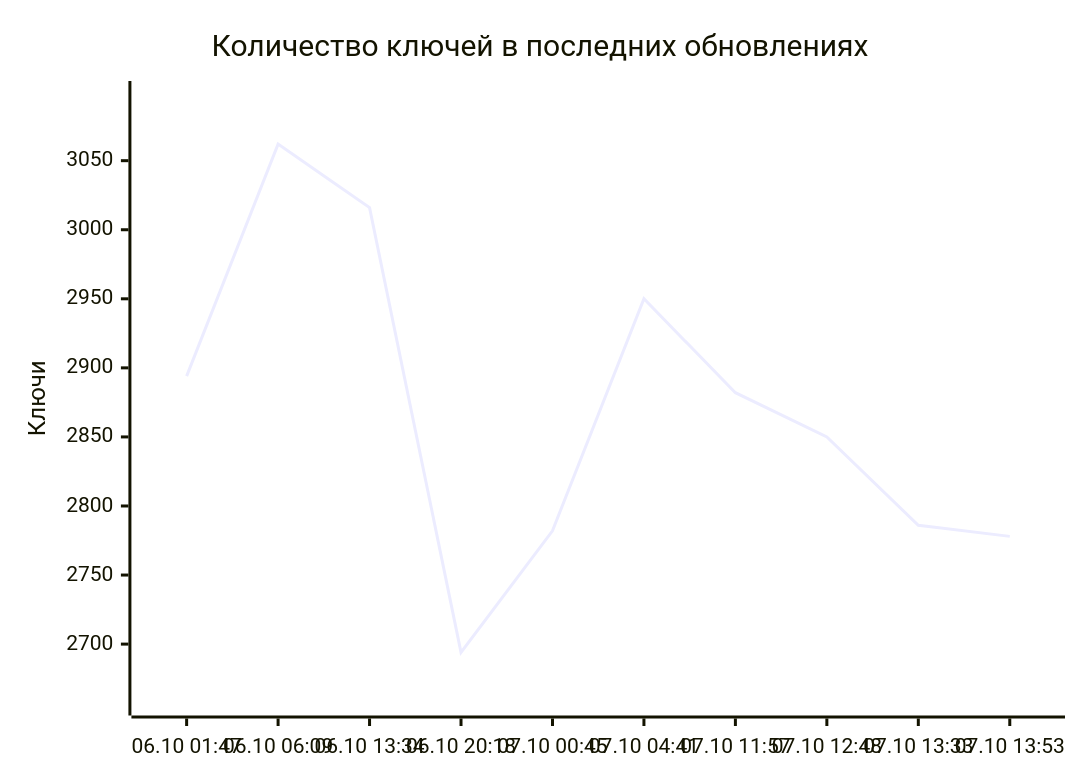
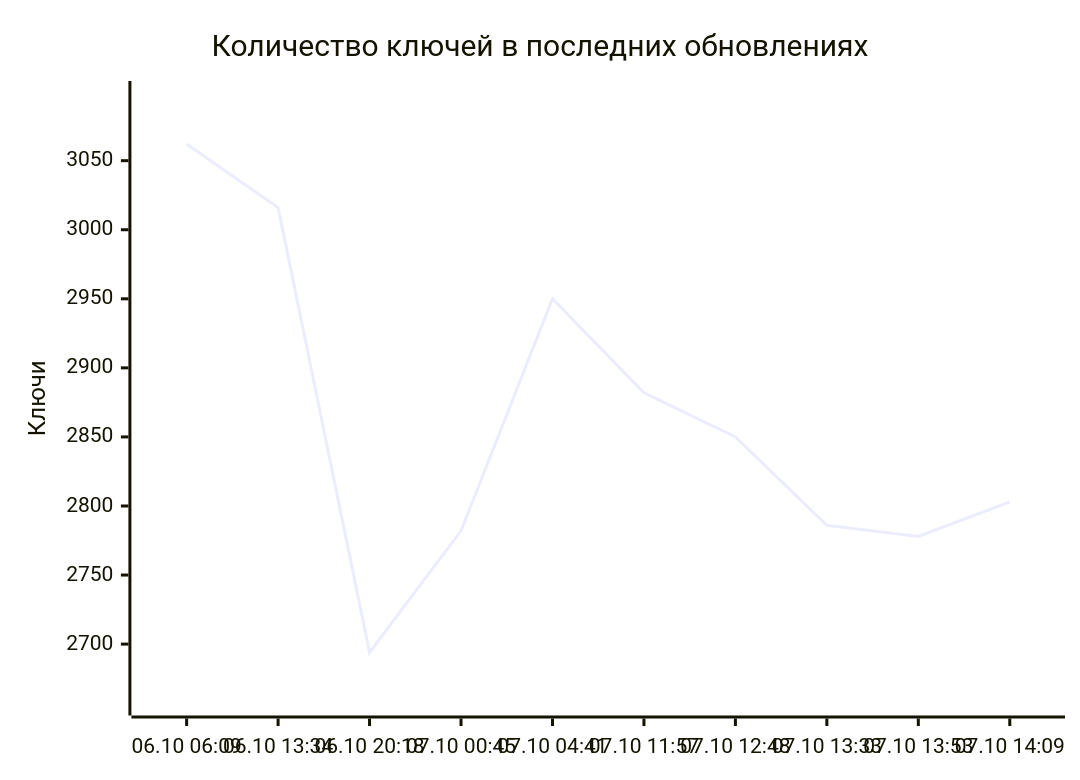
The diagram in README.md (markKikhtenko/WireVeil), drawn with Mermaid before and after one commit. The commit also changed other lines of this file and 11 other files, not shown here.

````diff
--- a/README.md
+++ b/README.md
@@ -55,7 +55,7 @@
 ```mermaid
 xychart-beta
     title "Количество ключей в последних обновлениях"
-    x-axis ["06.10 01:47", "06.10 06:09", "06.10 13:34", "06.10 20:18", "07.10 00:45", "07.10 04:41", "07.10 11:57", "07.10 12:48", "07.10 13:33", "07.10 13:53"]
+    x-axis ["06.10 06:09", "06.10 13:34", "06.10 20:18", "07.10 00:45", "07.10 04:41", "07.10 11:57", "07.10 12:48", "07.10 13:33", "07.10 13:53", "07.10 14:09"]
     y-axis "Ключи" 2657 --> 3099
-    line [2894, 3062, 3016, 2694, 2782, 2950, 2882, 2850, 2786, 2778]
+    line [3062, 3016, 2694, 2782, 2950, 2882, 2850, 2786, 2778, 2803]
 ```
````
